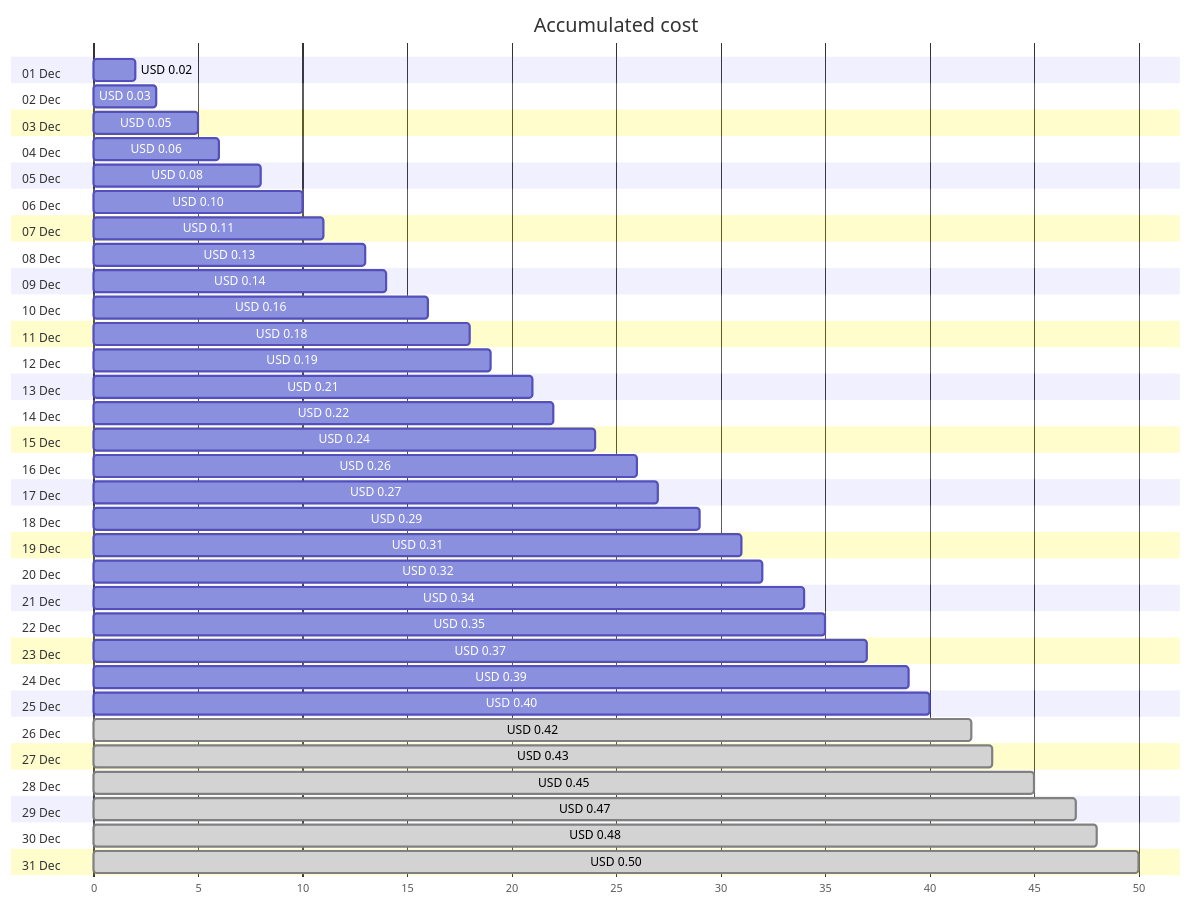
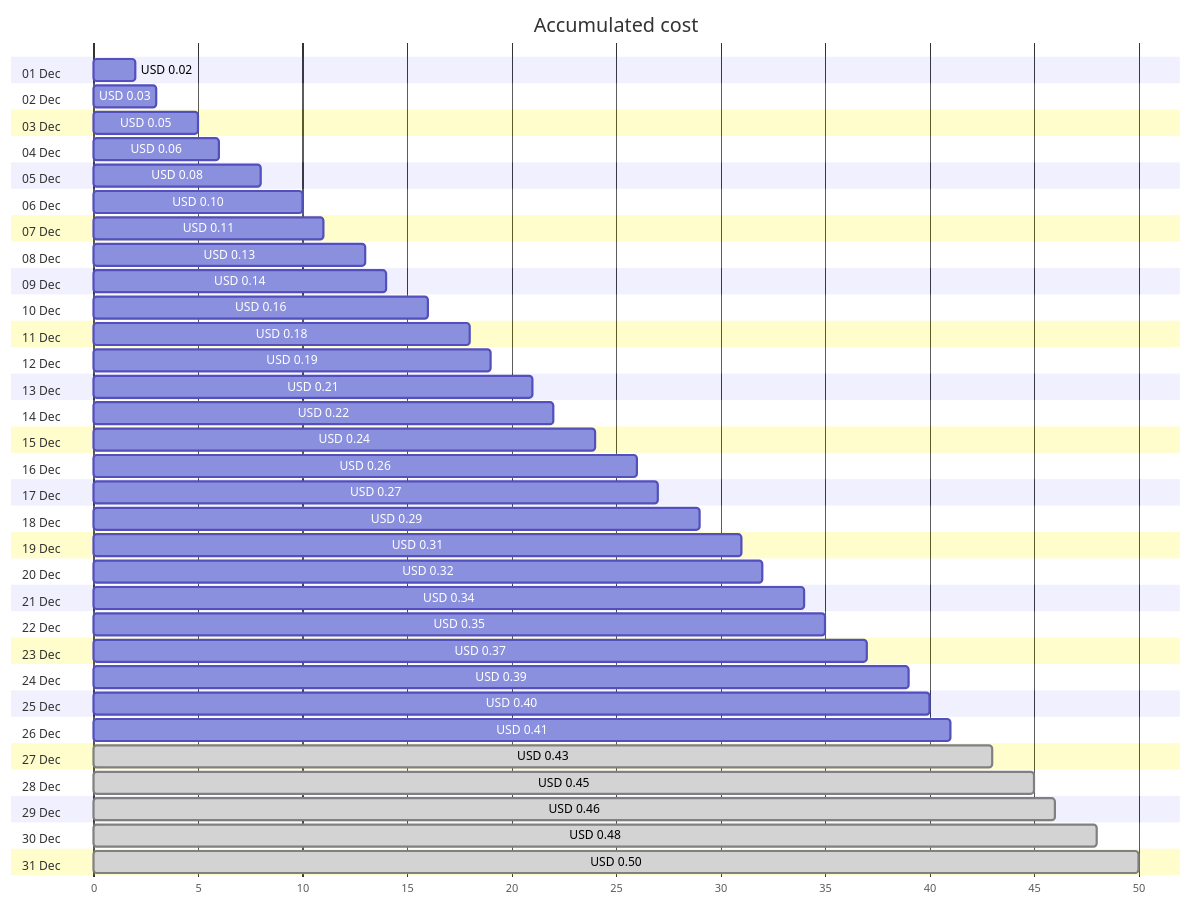
The first of 4 diagrams in cost-reports/personal-network/private.jpatrickfulton.com.md (jpfulton/azure-personal-reports), drawn with Mermaid before and after one commit. The commit also changed other lines of this file and 8 other files, not shown here.

````diff
--- a/cost-reports/personal-network/private.jpatrickfulton.com.md
+++ b/cost-reports/personal-network/private.jpatrickfulton.com.md
@@ -20,68 +20,68 @@
 ```mermaid
 gantt
    title Accumulated cost
    dateFormat  X
    axisFormat %s
    section 01 Dec
    USD 0.02 :0, 2
    section 02 Dec
    USD 0.03 :0, 3
    section 03 Dec
    USD 0.05 :0, 5
    section 04 Dec
    USD 0.06 :0, 6
    section 05 Dec
    USD 0.08 :0, 8
    section 06 Dec
    USD 0.10 :0, 10
    section 07 Dec
    USD 0.11 :0, 11
    section 08 Dec
    USD 0.13 :0, 13
    section 09 Dec
    USD 0.14 :0, 14
    section 10 Dec
    USD 0.16 :0, 16
    section 11 Dec
    USD 0.18 :0, 18
    section 12 Dec
    USD 0.19 :0, 19
    section 13 Dec
    USD 0.21 :0, 21
    section 14 Dec
    USD 0.22 :0, 22
    section 15 Dec
    USD 0.24 :0, 24
    section 16 Dec
    USD 0.26 :0, 26
    section 17 Dec
    USD 0.27 :0, 27
    section 18 Dec
    USD 0.29 :0, 29
    section 19 Dec
    USD 0.31 :0, 31
    section 20 Dec
    USD 0.32 :0, 32
    section 21 Dec
    USD 0.34 :0, 34
    section 22 Dec
    USD 0.35 :0, 35
    section 23 Dec
    USD 0.37 :0, 37
    section 24 Dec
    USD 0.39 :0, 39
    section 25 Dec
    USD 0.40 :0, 40
    section 26 Dec
-   USD 0.42 : done, 0, 42
+   USD 0.41 :0, 41
    section 27 Dec
    USD 0.43 : done, 0, 43
    section 28 Dec
    USD 0.45 : done, 0, 45
    section 29 Dec
-   USD 0.47 : done, 0, 47
+   USD 0.46 : done, 0, 46
    section 30 Dec
    USD 0.48 : done, 0, 48
    section 31 Dec
    USD 0.50 : done, 0, 50
 ```
````
